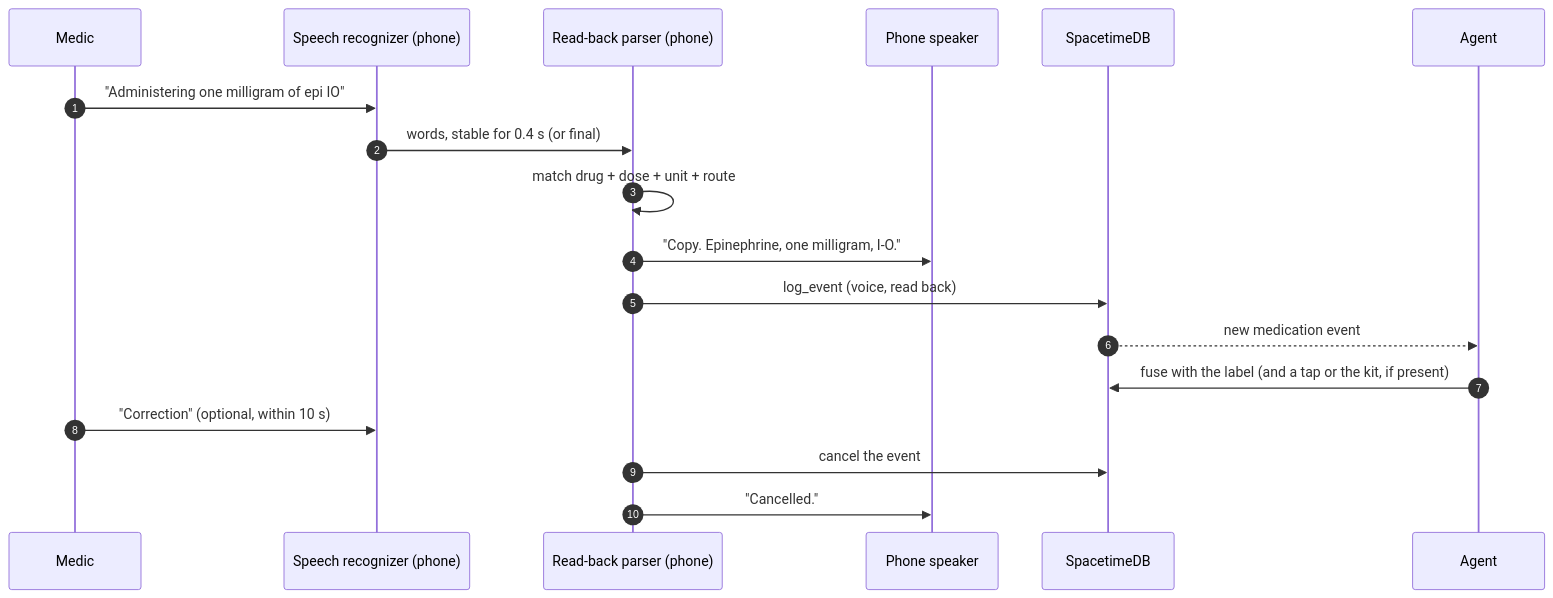
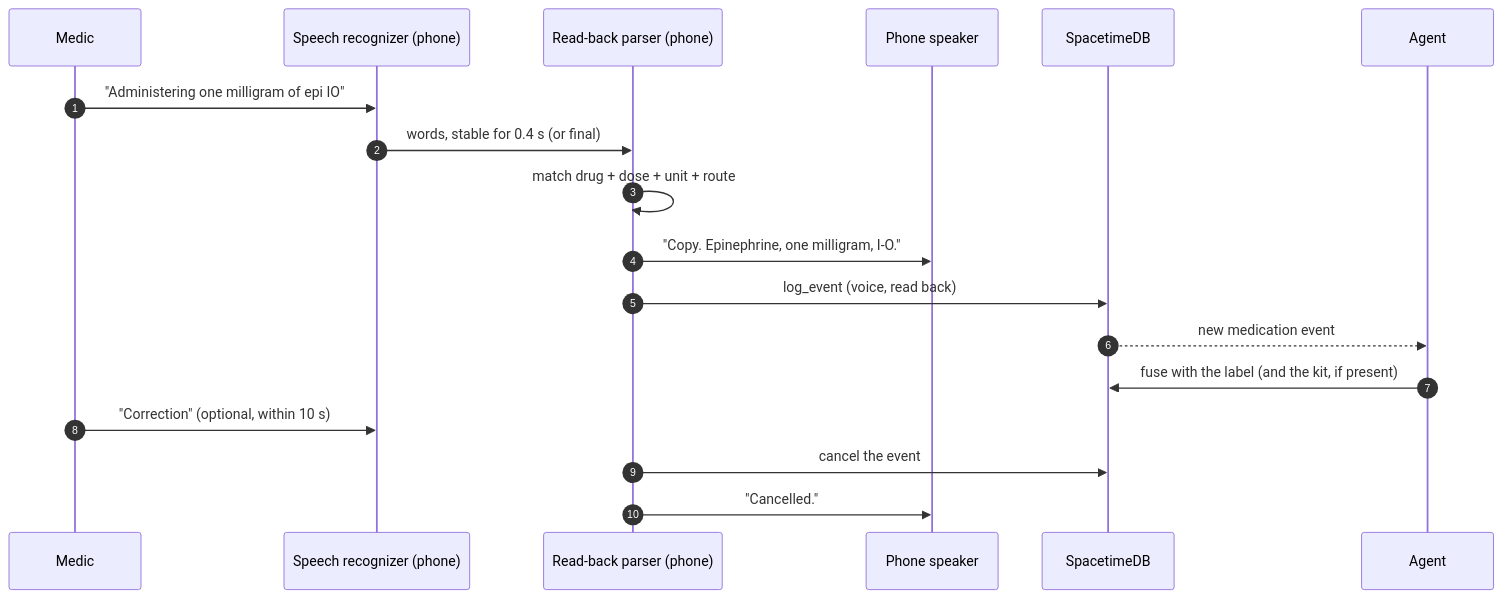
Before and after one commit to rishi-golla/hackutd26: the third of 9 diagrams in docs/context/Handoff Product Spec (Copy).md, drawn with Mermaid. The commit also changed other lines of this file and 2 other files, not shown here.

````diff
--- a/docs/context/Handoff Product Spec (Copy).md
+++ b/docs/context/Handoff Product Spec (Copy).md
@@ -814,20 +786,20 @@
 ```mermaid
 sequenceDiagram
   autonumber
   participant M as Medic
   participant R as Speech recognizer (phone)
   participant P as Read-back parser (phone)
   participant T as Phone speaker
   participant S as SpacetimeDB
   participant A as Agent
   M->>R: "Administering one milligram of epi IO"
   R->>P: words, stable for 0.4 s (or final)
   P->>P: match drug + dose + unit + route
   P->>T: "Copy. Epinephrine, one milligram, I-O."
   P->>S: log_event (voice, read back)
   S-->>A: new medication event
-  A->>S: fuse with the label (and a tap or the kit, if present)
+  A->>S: fuse with the label (and the kit, if present)
   M->>R: "Correction" (optional, within 10 s)
   P->>S: cancel the event
   P->>T: "Cancelled."
 ```
````
